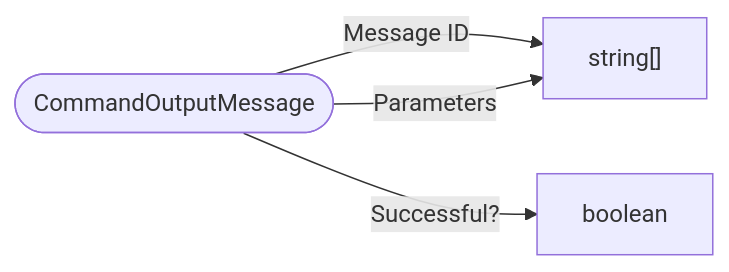
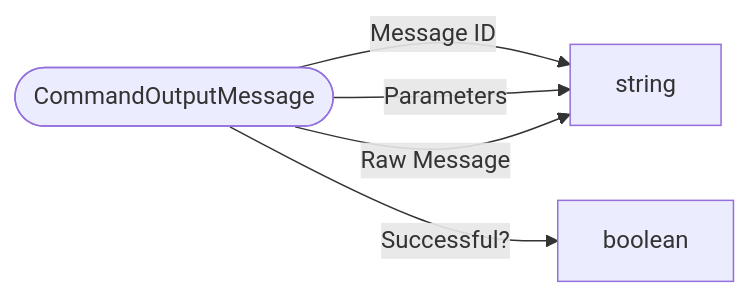
One commit to bedrock-v/protocol-docs changed the diagram in schemas/types/CommandOutputMessage.md. Above: the diagram before and after it, drawn with Mermaid. The commit also changed 39 other files, not shown here.

````diff
--- a/schemas/types/CommandOutputMessage.md
+++ b/schemas/types/CommandOutputMessage.md
@@ -5,7 +5,8 @@
 ```mermaid
 flowchart LR
   ROOT(["CommandOutputMessage"])
   ROOT -->|"Message ID"| string["string"]
   ROOT -->|"Successful?"| boolean["boolean"]
   ROOT -->|"Parameters"| string["string[]"]
+  ROOT -->|"Raw Message"| string["string"]
 ```
````
